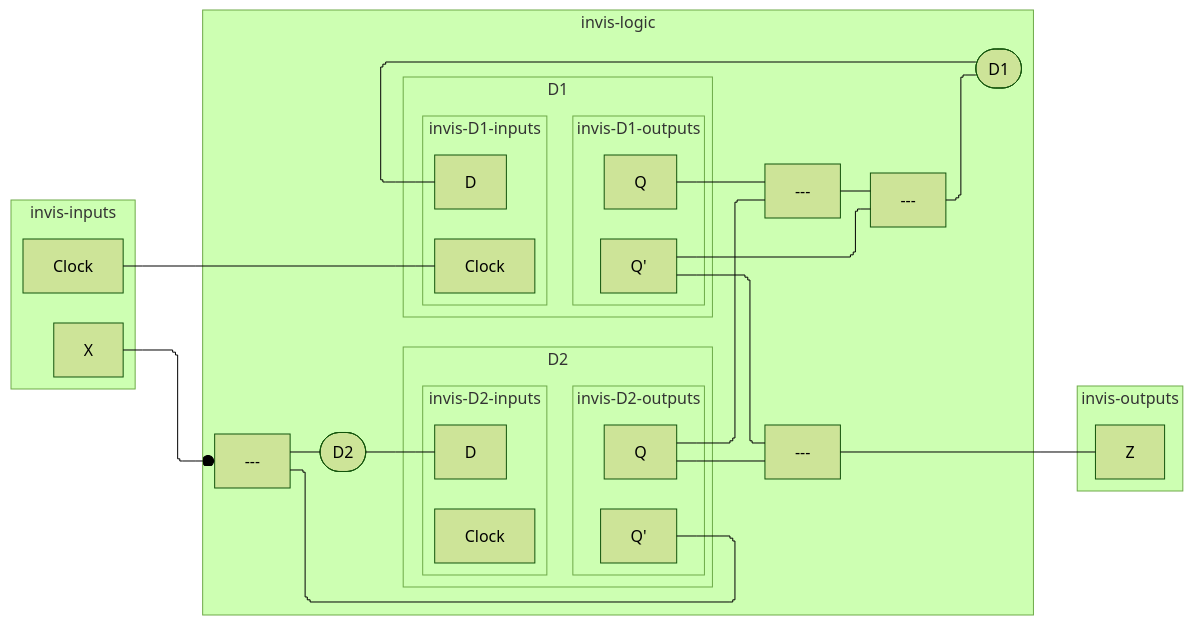
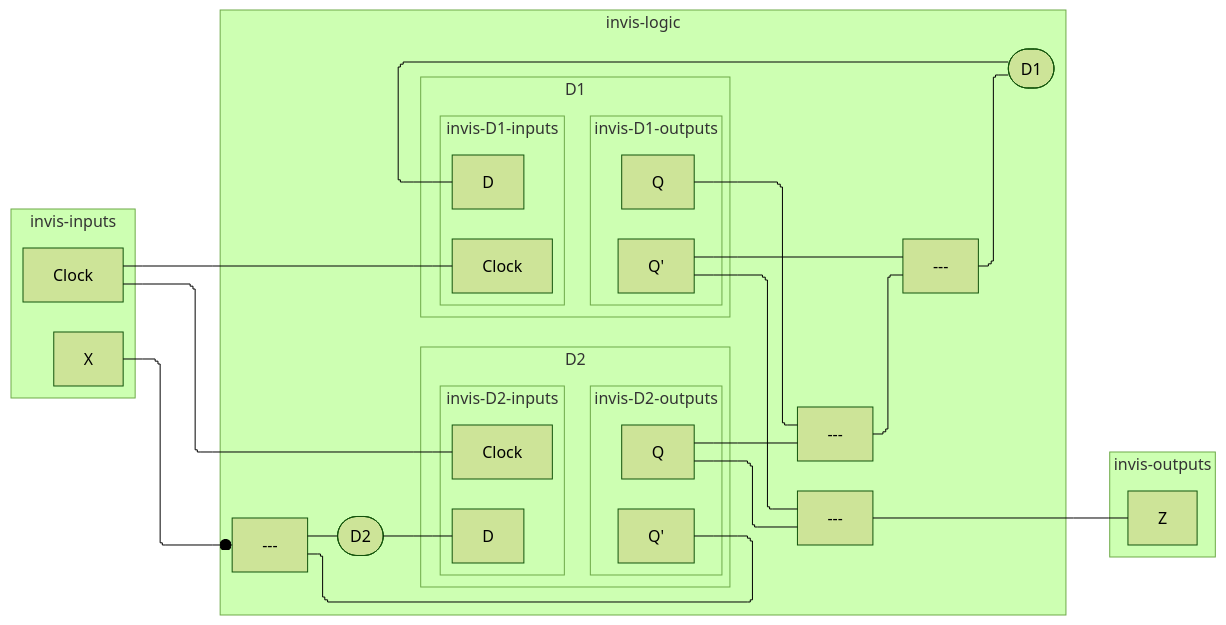
One commit to tnichols217/notes changed the third of 3 diagrams in CSDS 281 - Logic Design/HW/8/Tables.md. Above: the diagram before and after it, drawn with Mermaid (forest theme). The commit also changed other lines of this file and 2 other files, not shown here.

````diff
--- a/CSDS 281 - Logic Design/HW/8/Tables.md
+++ b/CSDS 281 - Logic Design/HW/8/Tables.md
@@ -63,47 +63,48 @@
 ```mermaid
 %%{ init: { 'flowchart': { 'curve': 'stepBefore', "defaultRenderer": "elk" } } }%%
 flowchart LR
 subgraph invis-inputs
 	X
 	Clock
 end
 subgraph invis-logic
 	subgraph D1
 		subgraph invis-D1-inputs
 			D1i[D]
 			D1c[Clock]
 		end
 		Clock --- D1c
 		subgraph invis-D1-outputs
 			Q1[Q]
 			Q1P[Q']
 		end
 		invis-D1-inputs ~~~ invis-D1-outputs
 	end
 	subgraph D2
 		subgraph invis-D2-inputs
 			D2i[D]
 			D2c[Clock]
 		end
+		Clock --- D2c
 		subgraph invis-D2-outputs
 			Q2[Q]
 			Q2P[Q']
 		end
 		invis-D2-inputs ~~~ invis-D2-outputs
 	end
 	Q1 & Q2 --- and1[---]
 	Q1P & and1 --- or1[---]
 	or1 --- D1ii([D1])
 	D1ii --- D1i
 	Q2P --- and2[---]
 	X ---o and2
 	and2 --- D2ii([D2])
 	D2ii --- D2i
 	Q1P & Q2 --- or2[---]
 end
 subgraph invis-outputs
 	Z
 end
 or2 --- Z
 invis-inputs ~~~ invis-logic ~~~ invis-outputs
 ```
````
